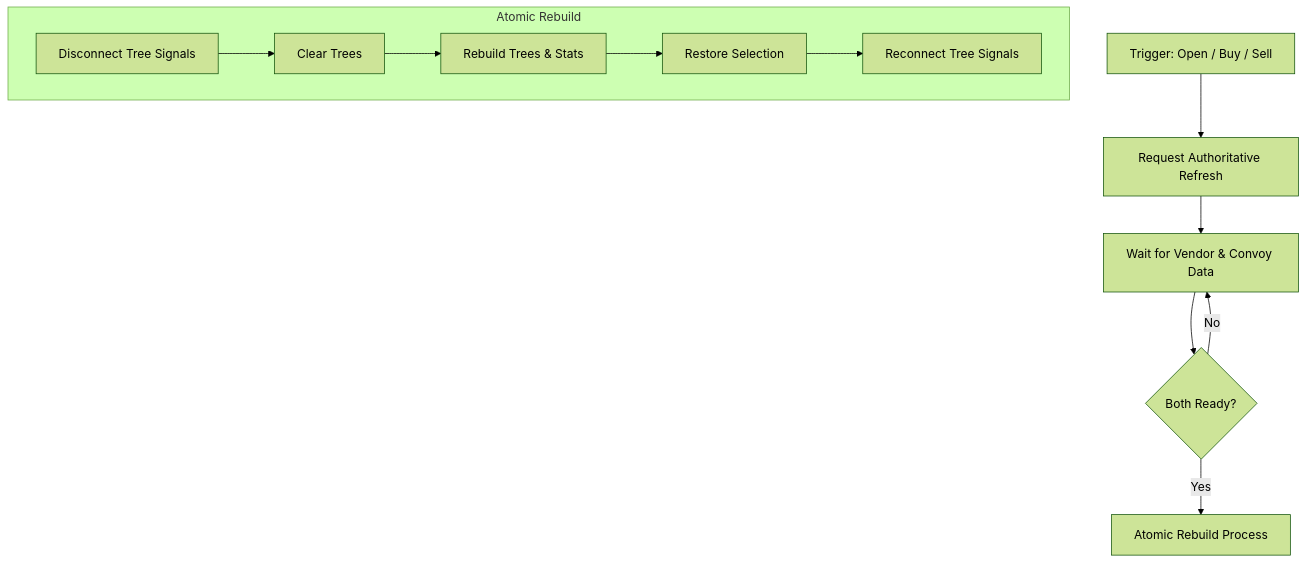
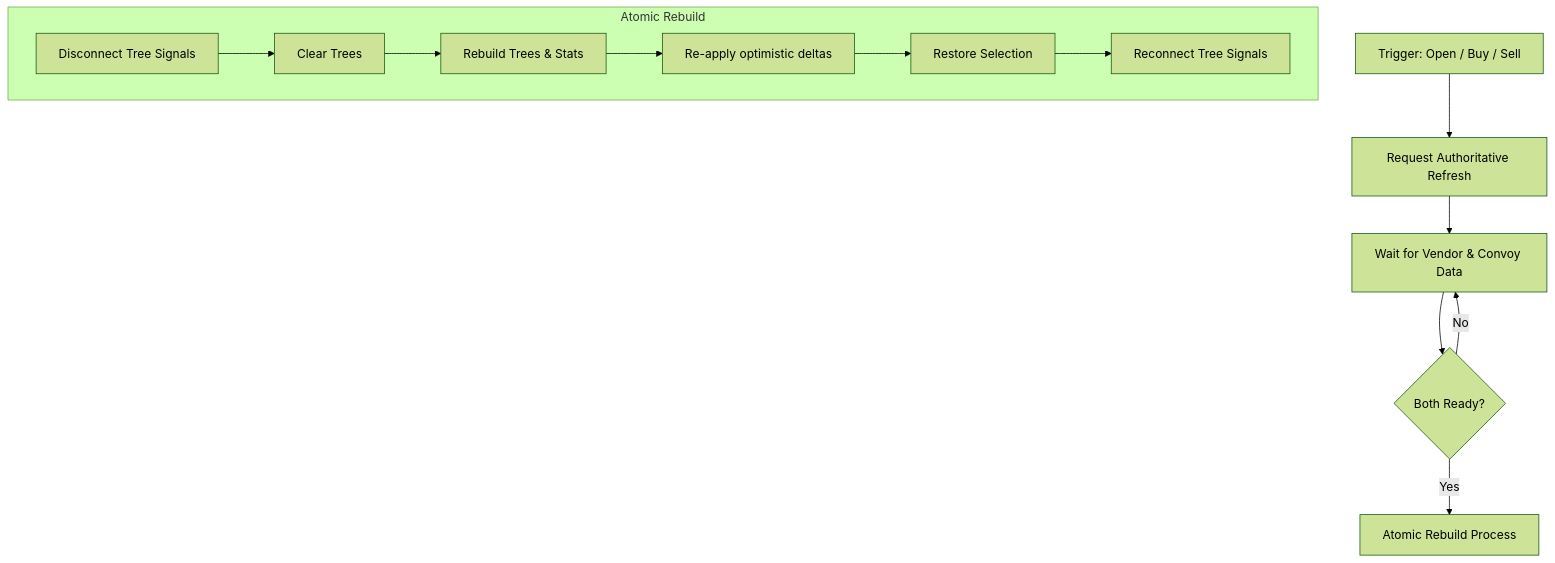
The diagram in docs/02_UI_UX/VendorPanel/Lifecycle.md (OoriData/DF_Godot), drawn with Mermaid (forest theme) before and after one commit. The commit also changed other lines of this file and 15 other files, not shown here.

````diff
--- a/docs/02_UI_UX/VendorPanel/Lifecycle.md
+++ b/docs/02_UI_UX/VendorPanel/Lifecycle.md
@@ -23,16 +49,17 @@
 ```mermaid
 graph TD
     Trigger[Trigger: Open / Buy / Sell] --> Req[Request Authoritative Refresh]
     Req --> Wait[Wait for Vendor & Convoy Data]
     
     Wait --> Ready{Both Ready?}
     Ready -->|Yes| Atomic[Atomic Rebuild Process]
     Ready -->|No| Wait
     
     subgraph Atomic_Rebuild [Atomic Rebuild]
     Disconnect[Disconnect Tree Signals] --> Clear[Clear Trees]
     Clear --> Rebuild[Rebuild Trees & Stats]
-    Rebuild --> Restore[Restore Selection]
+    Rebuild --> Reapply[Re-apply optimistic deltas]
+    Reapply --> Restore[Restore Selection]
     Restore --> Reconnect[Reconnect Tree Signals]
     end
 ```
````
